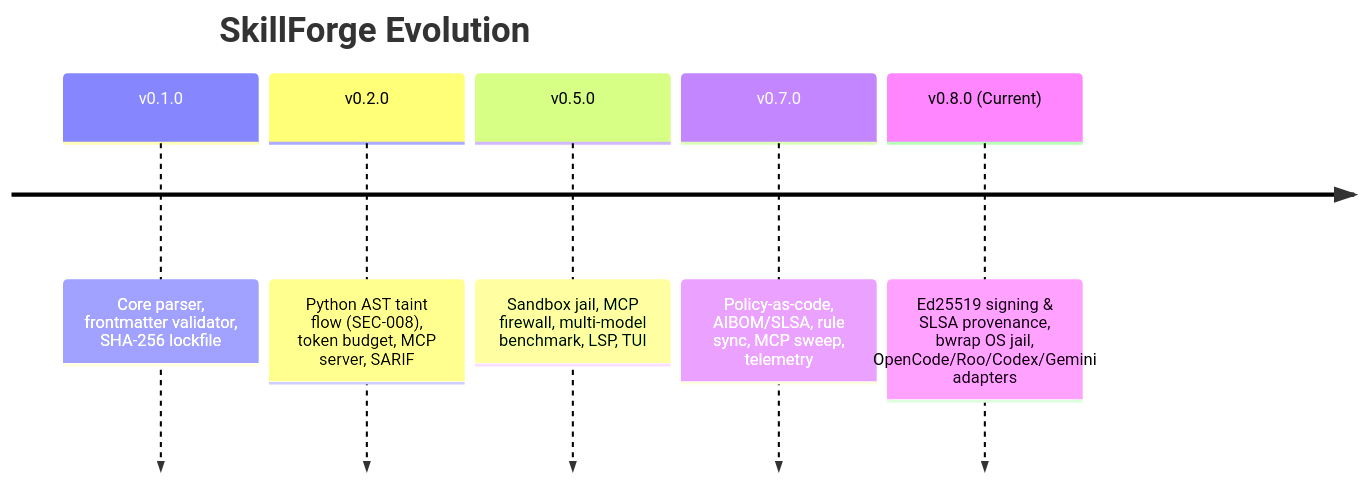
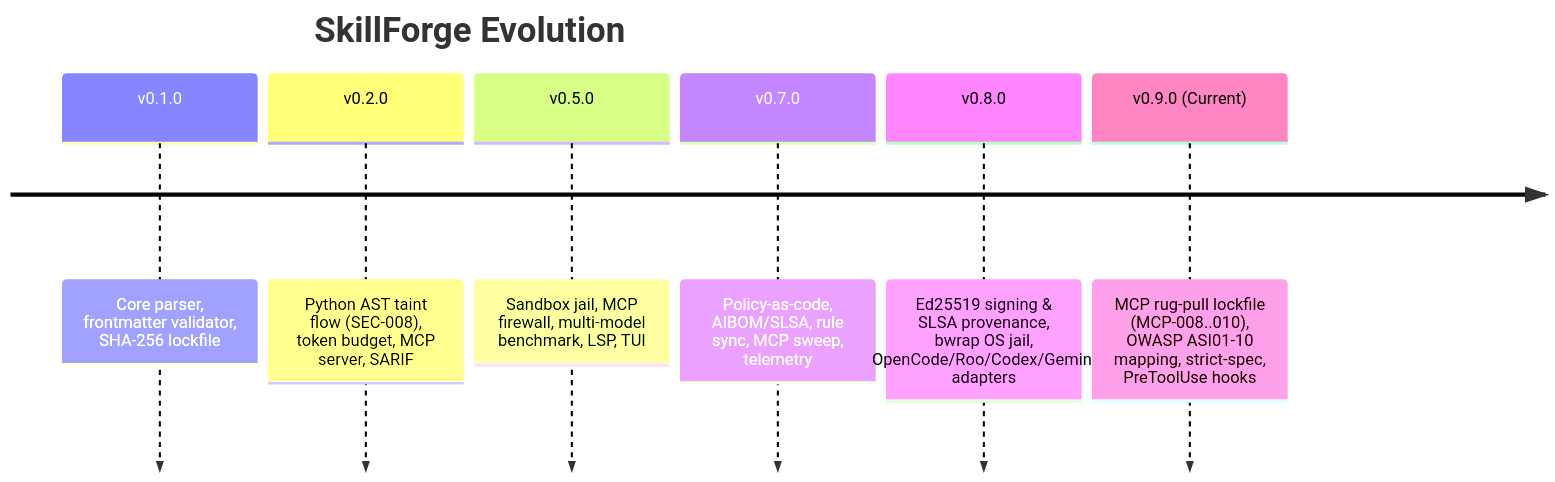
One commit to gintingism/skillforge changed the diagram in wiki/Roadmap-and-Status.md. Above: the diagram before and after it, drawn with Mermaid. The commit also changed other lines of this file and 19 other files, not shown here.

Commit message:
feat(v0.9.0): add MCP rug-pull lockfile, OWASP ASI mapping, strict-spec, hooks, SBOM MCP audit, and Action upgrades

````diff
--- a/wiki/Roadmap-and-Status.md
+++ b/wiki/Roadmap-and-Status.md
@@ -18,9 +18,10 @@
 ```mermaid
 timeline
     title SkillForge Evolution
     v0.1.0 : Core parser, frontmatter validator, SHA-256 lockfile
     v0.2.0 : Python AST taint flow (SEC-008), token budget, MCP server, SARIF
     v0.5.0 : Sandbox jail, MCP firewall, multi-model benchmark, LSP, TUI
     v0.7.0 : Policy-as-code, AIBOM/SLSA, rule sync, MCP sweep, telemetry
-    v0.8.0 (Current) : Ed25519 signing & SLSA provenance, bwrap OS jail, OpenCode/Roo/Codex/Gemini adapters
+    v0.8.0 : Ed25519 signing & SLSA provenance, bwrap OS jail, OpenCode/Roo/Codex/Gemini adapters
+    v0.9.0 (Current) : MCP rug-pull lockfile (MCP-008..010), OWASP ASI01-10 mapping, strict-spec, PreToolUse hooks
 ```
````
